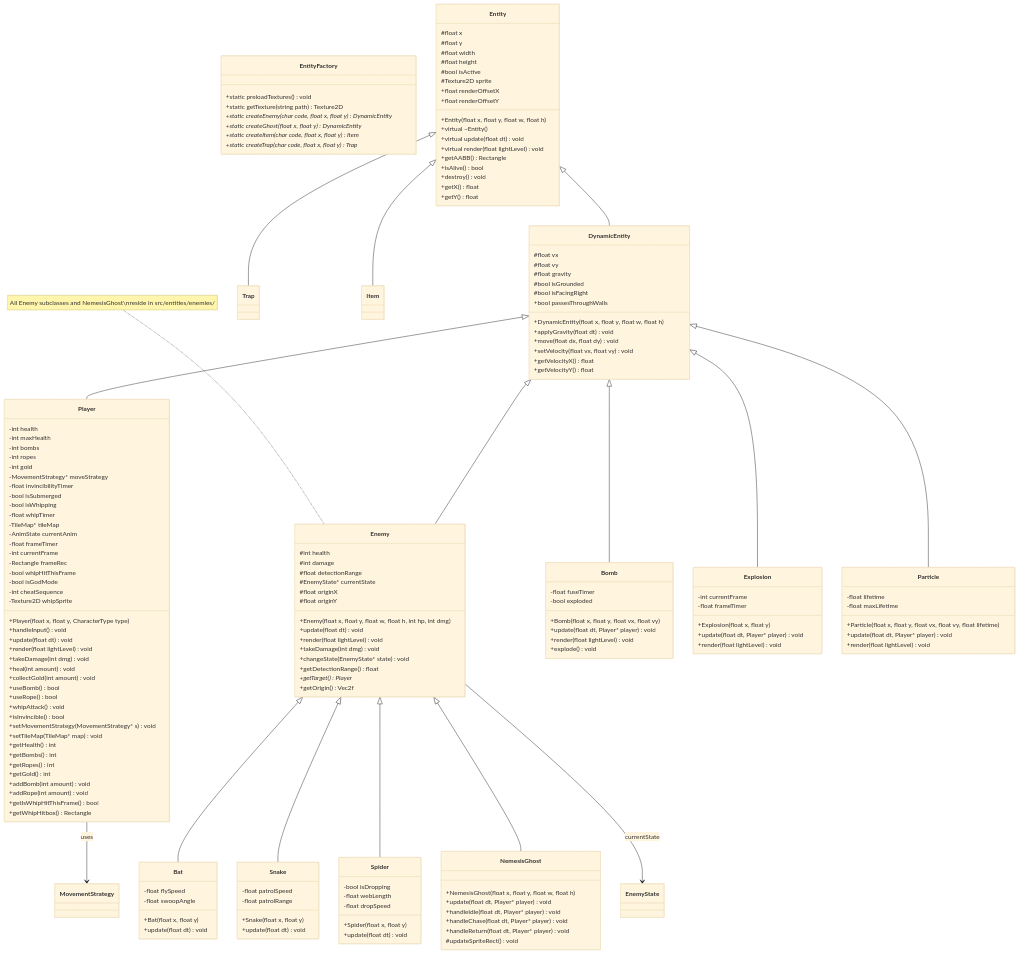
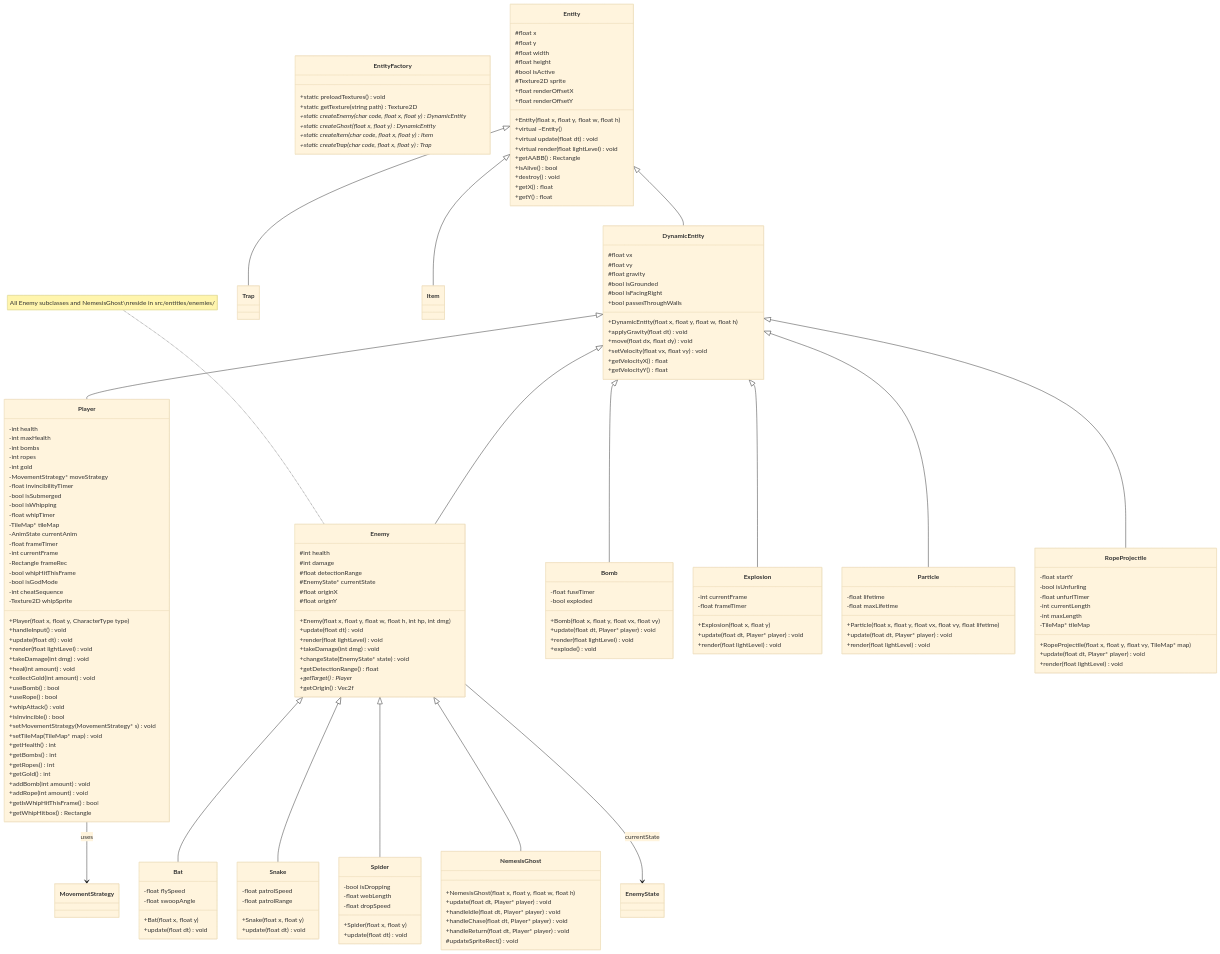
Before and after one commit to Gasmask-Chan/CS202-Cavern-Descent: the second of 8 diagrams in project_plan.md, drawn with Mermaid (base theme). The commit also changed 7 other files, not shown here.

Commit message:
feat: add RopeProjectile system

```diff
--- a/project_plan.md
+++ b/project_plan.md
@@ -723,6 +723,18 @@
 
 
 
+    class RopeProjectile {
+        -float startY
+        -bool isUnfurling
+        -float unfurlTimer
+        -int currentLength
+        -int maxLength
+        -TileMap* tileMap
+        +RopeProjectile(float x, float y, float vy, TileMap* map)
+        +update(float dt, Player* player) void
+        +render(float lightLevel) void
+    }
+
     Entity <|-- DynamicEntity
     Entity <|-- Trap
     Entity <|-- Item
@@ -731,6 +743,7 @@
     DynamicEntity <|-- Bomb
     DynamicEntity <|-- Explosion
     DynamicEntity <|-- Particle
+    DynamicEntity <|-- RopeProjectile
     Enemy <|-- Bat
     Enemy <|-- Snake
     Enemy <|-- Spider
```
